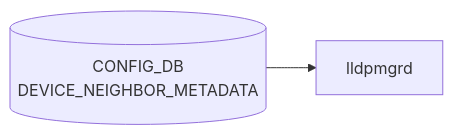
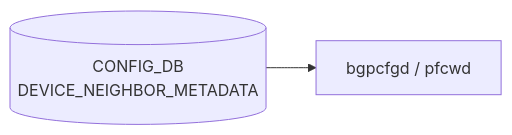
One commit to aoki-taquan/sonic-unofficial-docs changed the diagram in docs/reference/config-db/device-neighbor-metadata.md. Above: the diagram before and after it, drawn with Mermaid. The commit also changed other lines of this file and 19 other files, not shown here.

````diff
--- a/docs/reference/config-db/device-neighbor-metadata.md
+++ b/docs/reference/config-db/device-neighbor-metadata.md
@@ -30,6 +30,6 @@
 ```mermaid
 flowchart LR
   CDB[("CONFIG_DB<br/>DEVICE_NEIGHBOR_METADATA")]
-  DM["lldpmgrd"]
+  DM["bgpcfgd / pfcwd"]
   CDB --> DM
 ```
````
